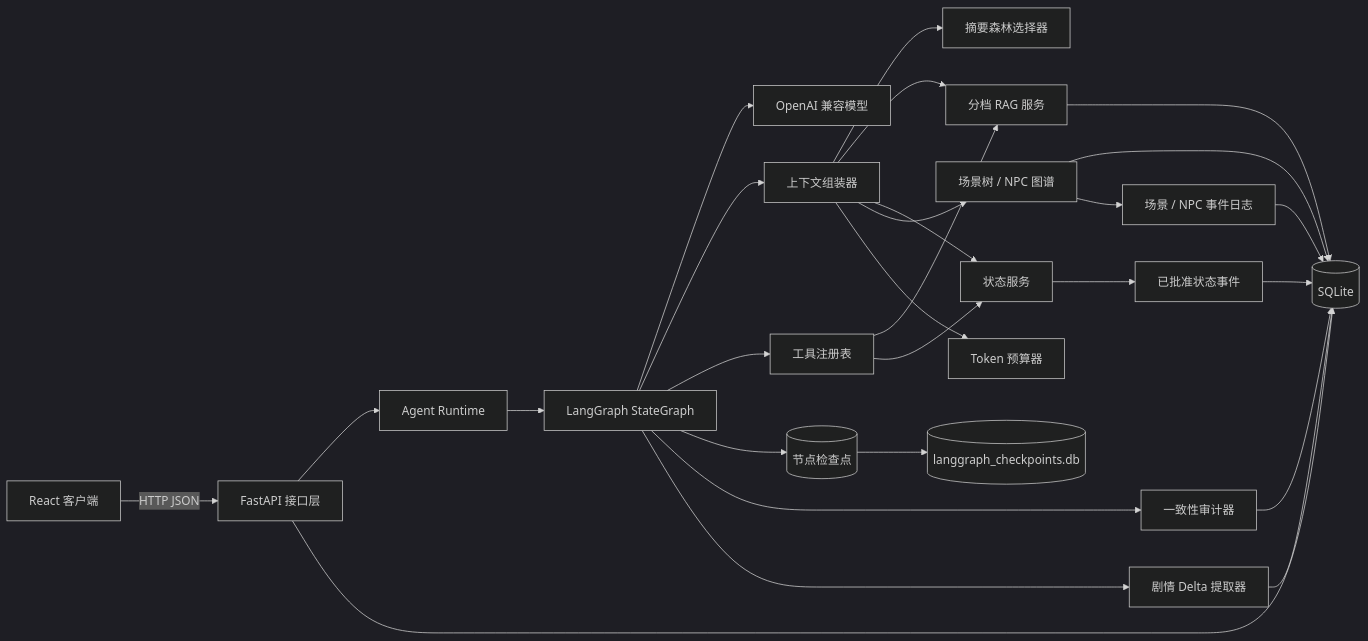
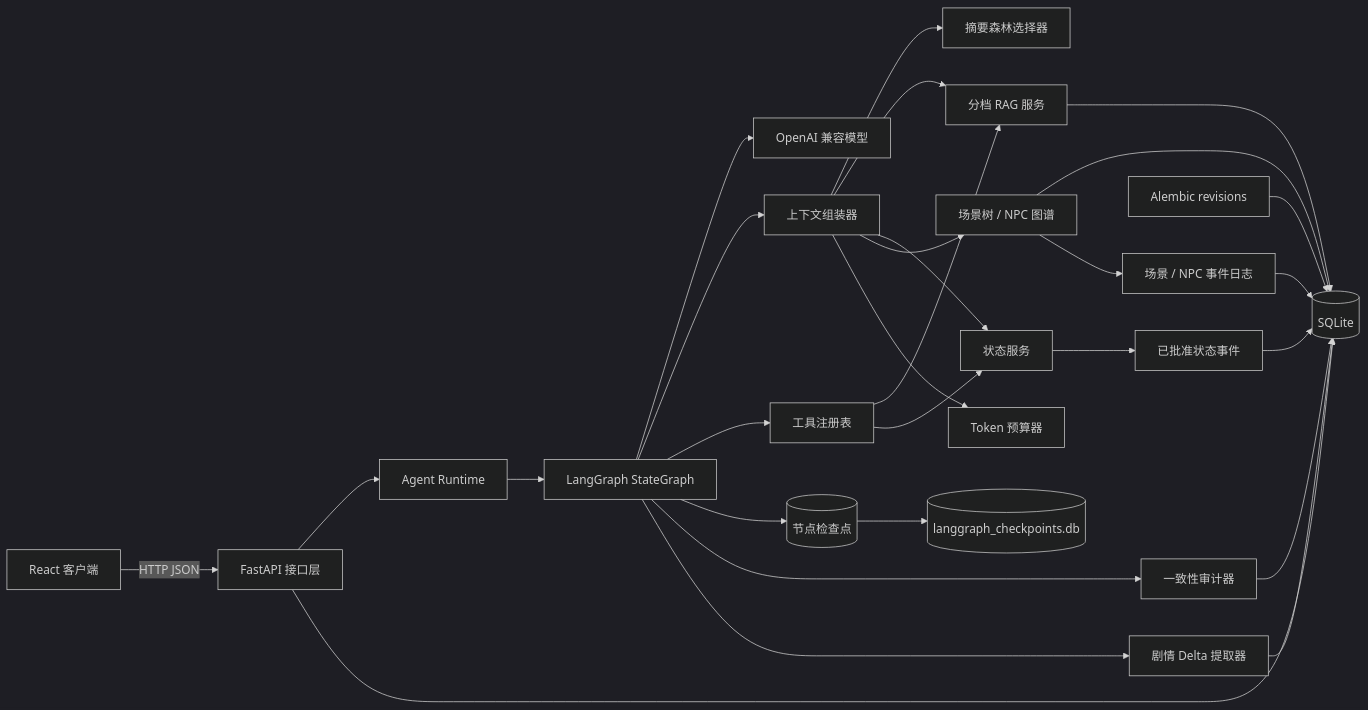
One commit to maximilian-2778/saraswati-agent changed the first of 2 diagrams in docs/ARCHITECTURE.md. Above: the diagram before and after it, drawn with Mermaid (dark theme). The commit also changed other lines of this file and 14 other files, not shown here.

Commit message:
feat: manage database schema with Alembic

````diff
--- a/docs/ARCHITECTURE.md
+++ b/docs/ARCHITECTURE.md
@@ -5,29 +5,30 @@
 ```mermaid
 flowchart LR
     UI[React 客户端] -->|HTTP JSON| API[FastAPI 接口层]
     API --> RT[Agent Runtime]
     RT --> LG[LangGraph StateGraph]
     LG --> LLM[OpenAI 兼容模型]
     LG --> CTX[上下文组装器]
     LG --> TOOLS[工具注册表]
     LG --> CP[(节点检查点)]
     CTX --> FOREST[摘要森林选择器]
     CTX --> MEM[分档 RAG 服务]
     CTX --> STATE[状态服务]
     CTX --> GRAPH[场景树 / NPC 图谱]
     TOOLS --> MEM
     TOOLS --> STATE
     LG --> AUDIT[一致性审计器]
     LG --> DELTA[剧情 Delta 提取器]
     CTX --> BUDGET[Token 预算器]
     API --> DB[(SQLite)]
+    MIG[Alembic revisions] --> DB
     MEM --> DB
     STATE --> EVENTS[已批准状态事件]
     EVENTS --> DB
     AUDIT --> DB
     GRAPH --> DB
     DELTA --> DB
     CP --> DB2[(langgraph_checkpoints.db)]
     GRAPH --> GEVENTS[场景 / NPC 事件日志]
     GEVENTS --> DB
 ```
````
